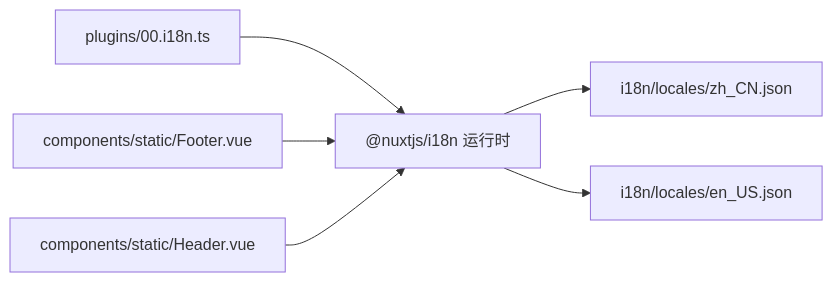
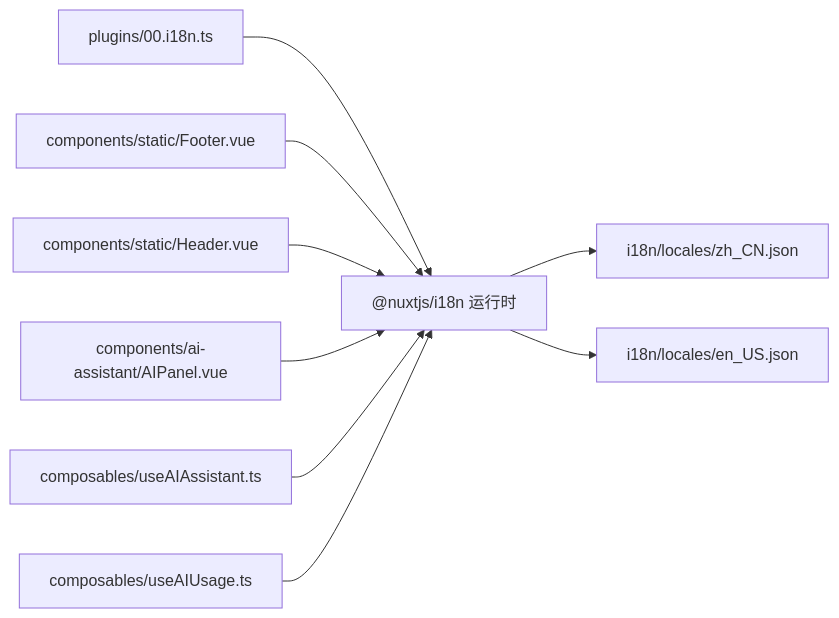
One commit to terwer/siyuan-plugin-blog changed the fifth of 5 diagrams in .qoder/repowiki/zh/content/核心功能/设置管理系统/多语言支持.md. Above: the diagram before and after it, drawn with Mermaid. The commit also changed other lines of this file and 31 other files, not shown here.

````diff
--- a/.qoder/repowiki/zh/content/核心功能/设置管理系统/多语言支持.md
+++ b/.qoder/repowiki/zh/content/核心功能/设置管理系统/多语言支持.md
@@ -239,8 +401,11 @@
 ```mermaid
 graph LR
 P["plugins/00.i18n.ts"] --> I["@nuxtjs/i18n 运行时"]
 C1["components/static/Footer.vue"] --> I
 C2["components/static/Header.vue"] --> I
+AIPanel["components/ai-assistant/AIPanel.vue"] --> I
+AIAssistant["composables/useAIAssistant.ts"] --> I
+AIUsage["composables/useAIUsage.ts"] --> I
 I --> ZH["i18n/locales/zh_CN.json"]
 I --> EN["i18n/locales/en_US.json"]
 ```
````
